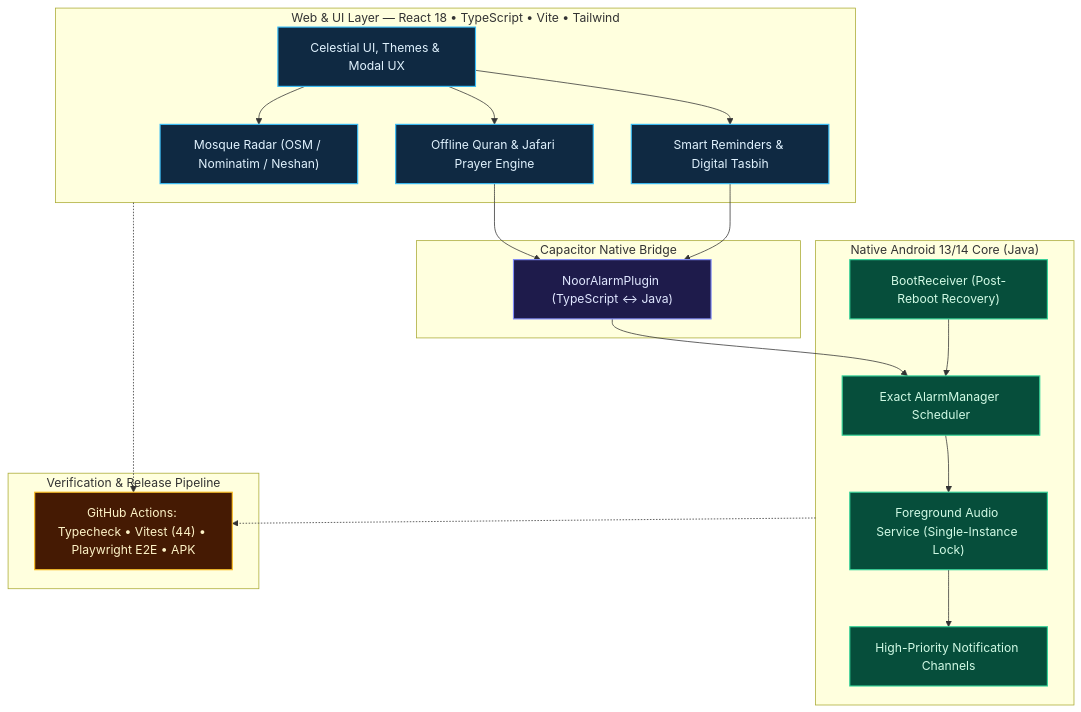
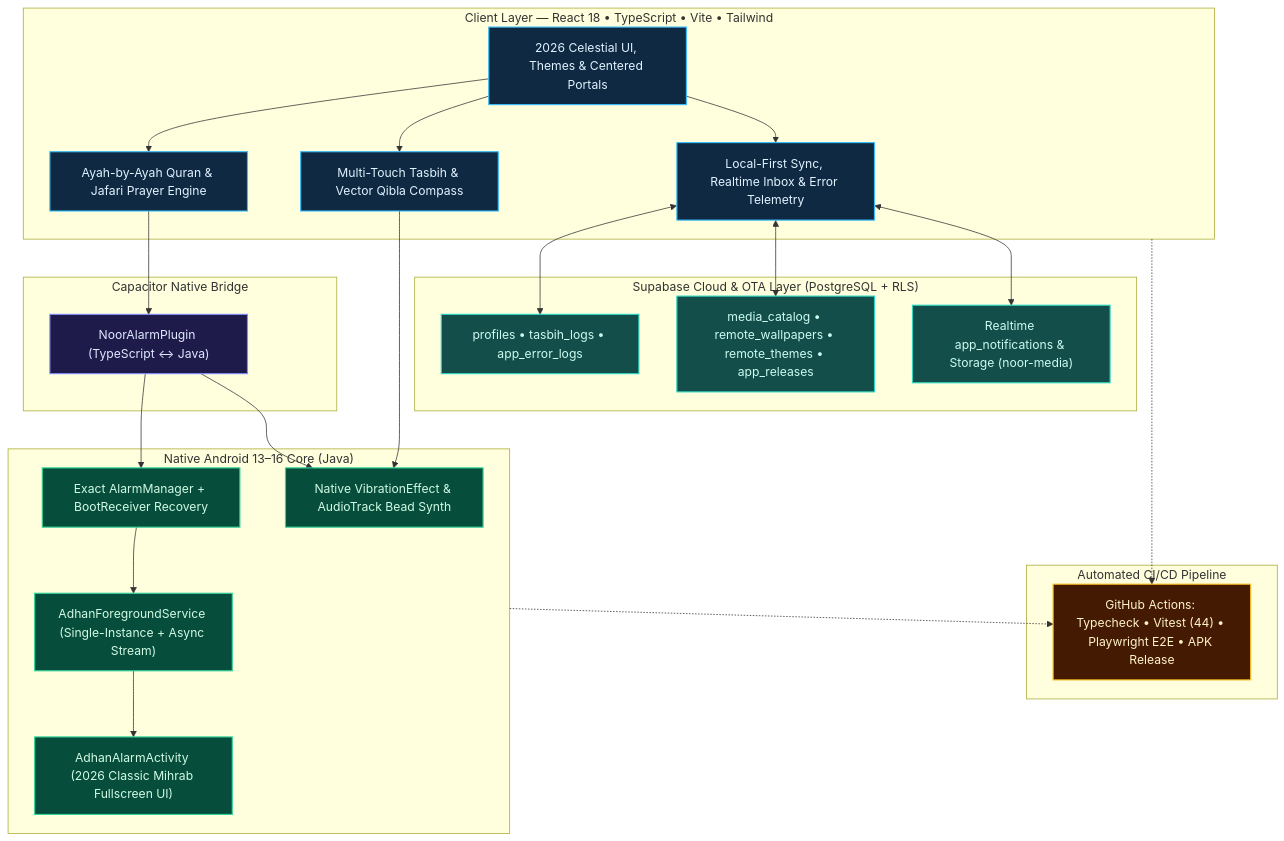
One commit to yasin321/noor-app changed the diagram in README.md. Above: the diagram before and after it, drawn with Mermaid. The commit also changed other lines of this file and 4 other files, not shown here.

Commit message:
docs(repo-2026): upgrade bilingual README, 3-layer architecture diagram, clean root & release notes

````diff
--- a/README.md
+++ b/README.md
@@ -83,46 +84,57 @@
 ```mermaid
 flowchart TB
-    subgraph Web["Web & UI Layer — React 18 • TypeScript • Vite • Tailwind"]
-        UI["Celestial UI, Themes & Modal UX"]
-        Quran["Offline Quran & Jafari Prayer Engine"]
-        Radar["Mosque Radar (OSM / Nominatim / Neshan)"]
-        Tools["Smart Reminders & Digital Tasbih"]
+    subgraph Client["Client Layer — React 18 • TypeScript • Vite • Tailwind"]
+        UI["2026 Celestial UI, Themes &amp; Centered Portals"]
+        Quran["Ayah-by-Ayah Quran &amp; Jafari Prayer Engine"]
+        Tasbih["Multi-Touch Tasbih &amp; Vector Qibla Compass"]
+        Sync["Local-First Sync, Realtime Inbox &amp; Error Telemetry"]
     end
 
     subgraph Bridge["Capacitor Native Bridge"]
         Plugin["NoorAlarmPlugin (TypeScript ↔ Java)"]
     end
 
-    subgraph Native["Native Android 13/14 Core (Java)"]
-        AlarmMgr["Exact AlarmManager Scheduler"]
-        Boot["BootReceiver (Post-Reboot Recovery)"]
-        FgService["Foreground Audio Service (Single-Instance Lock)"]
-        Notif["High-Priority Notification Channels"]
+    subgraph Native["Native Android 13–16 Core (Java)"]
+        AlarmMgr["Exact AlarmManager + BootReceiver Recovery"]
+        FgService["AdhanForegroundService (Single-Instance + Async Stream)"]
+        AlarmUI["AdhanAlarmActivity (2026 Classic Mihrab Fullscreen UI)"]
+        Hardware["Native VibrationEffect &amp; AudioTrack Bead Synth"]
     end
 
-    subgraph QA["Verification & Release Pipeline"]
-        CI["GitHub Actions: Typecheck • Vitest (44) • Playwright E2E • APK"]
+    subgraph Cloud["Supabase Cloud &amp; OTA Layer (PostgreSQL + RLS)"]
+        DB["profiles • tasbih_logs • app_error_logs"]
+        OTA["media_catalog • remote_wallpapers • remote_themes • app_releases"]
+        RT["Realtime app_notifications &amp; Storage (noor-media)"]
+    end
+
+    subgraph QA["Automated CI/CD Pipeline"]
+        CI["GitHub Actions: Typecheck • Vitest (44) • Playwright E2E • APK Release"]
     end
 
     UI --> Quran
-    UI --> Radar
-    UI --> Tools
+    UI --> Tasbih
+    UI --> Sync
     Quran --> Plugin
-    Tools --> Plugin
+    Tasbih --> Hardware
     Plugin --> AlarmMgr
+    Plugin --> Hardware
     AlarmMgr --> FgService
-    Boot --> AlarmMgr
-    FgService --> Notif
-    Web -.-> CI
+    FgService --> AlarmUI
+    Sync <--> DB
+    Sync <--> OTA
+    Sync <--> RT
+    Client -.-> CI
     Native -.-> CI
 
-    classDef web fill:#0f2942,stroke:#38bdf8,stroke-width:1.5px,color:#e0f2fe
+    classDef client fill:#0f2942,stroke:#38bdf8,stroke-width:1.5px,color:#e0f2fe
     classDef bridge fill:#1e1b4b,stroke:#818cf8,stroke-width:1.5px,color:#e0e7ff
     classDef native fill:#064e3b,stroke:#34d399,stroke-width:1.5px,color:#d1fae5
+    classDef cloud fill:#134e4a,stroke:#2dd4bf,stroke-width:1.5px,color:#ccfbf1
     classDef qa fill:#451a03,stroke:#fbbf24,stroke-width:1.5px,color:#fef3c7
 
-    class UI,Quran,Radar,Tools web
+    class UI,Quran,Tasbih,Sync client
     class Plugin bridge
-    class AlarmMgr,Boot,FgService,Notif native
+    class AlarmMgr,FgService,AlarmUI,Hardware native
+    class DB,OTA,RT cloud
     class CI qa
 ```
````
